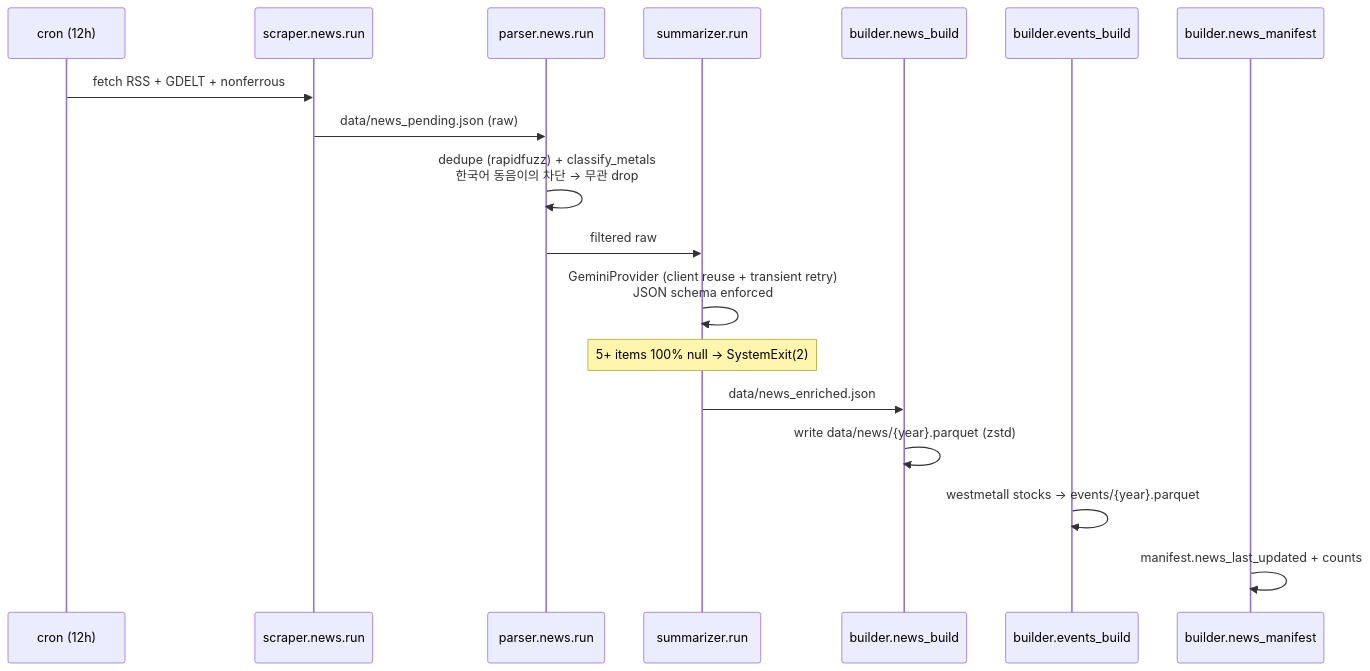
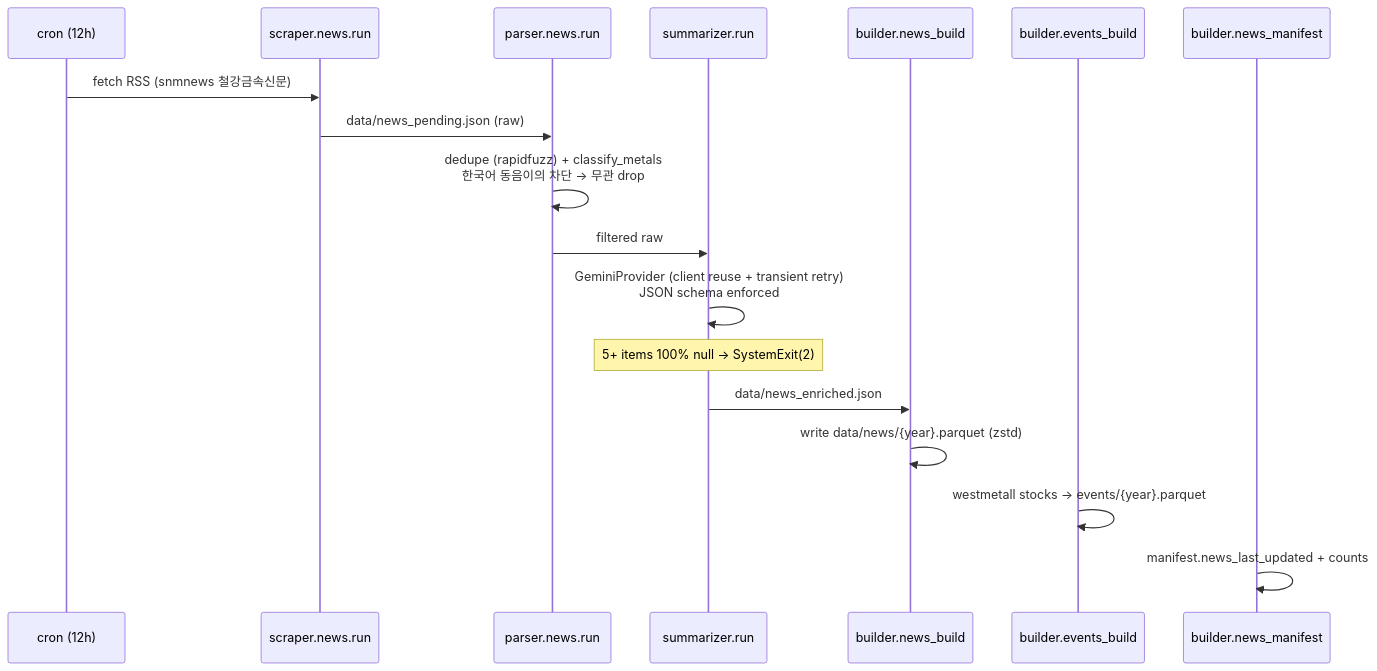
The third of 5 diagrams in docs/architecture.md (HeymoKou/metal-bulletin), drawn with Mermaid before and after one commit. The commit also changed other lines of this file and 37 other files, not shown here.

````diff
--- a/docs/architecture.md
+++ b/docs/architecture.md
@@ -92,21 +91,21 @@
 ```mermaid
 sequenceDiagram
     participant CR as cron (12h)
     participant SC as scraper.news.run
     participant PA as parser.news.run
     participant SU as summarizer.run
     participant BD as builder.news_build
     participant EV as builder.events_build
     participant MN as builder.news_manifest
 
-    CR->>SC: fetch RSS + GDELT + nonferrous
+    CR->>SC: fetch RSS (snmnews 철강금속신문)
     SC->>PA: data/news_pending.json (raw)
     PA->>PA: dedupe (rapidfuzz) + classify_metals<br/>한국어 동음이의 차단 → 무관 drop
     PA->>SU: filtered raw
     SU->>SU: GeminiProvider (client reuse + transient retry)<br/>JSON schema enforced
     Note over SU: 5+ items 100% null → SystemExit(2)
     SU->>BD: data/news_enriched.json
     BD->>BD: write data/news/{year}.parquet (zstd)
     EV->>EV: westmetall stocks → events/{year}.parquet
     MN->>MN: manifest.news_last_updated + counts
 ```
````
